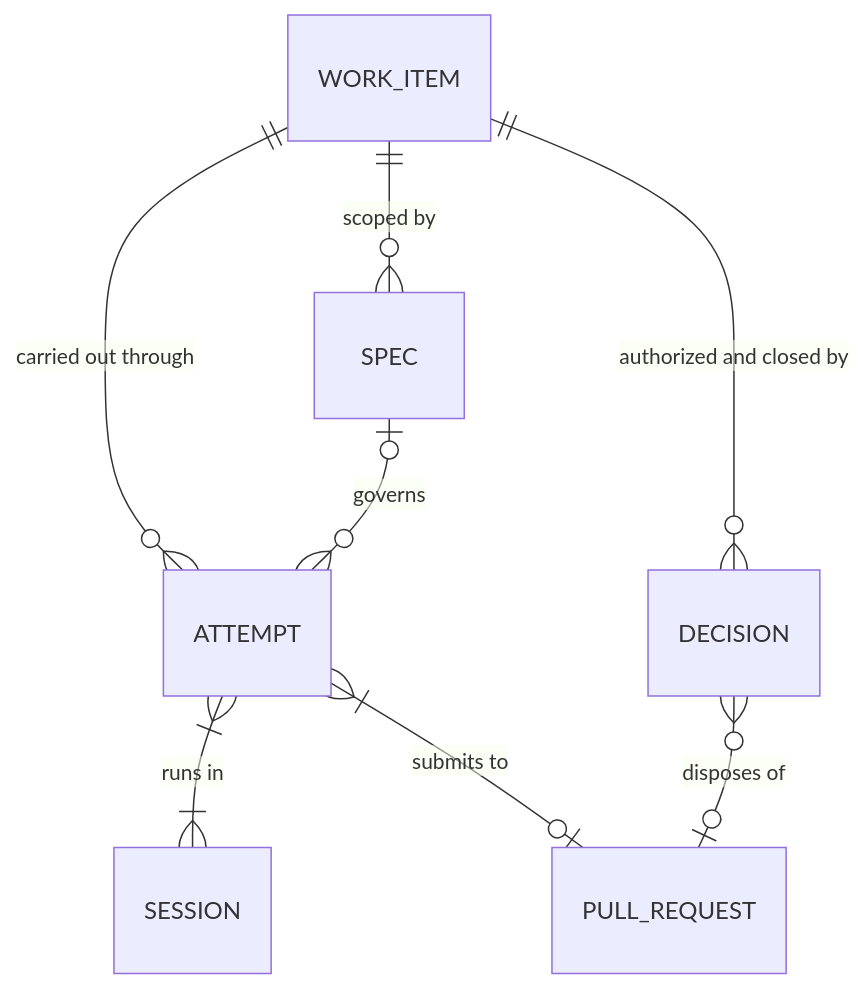
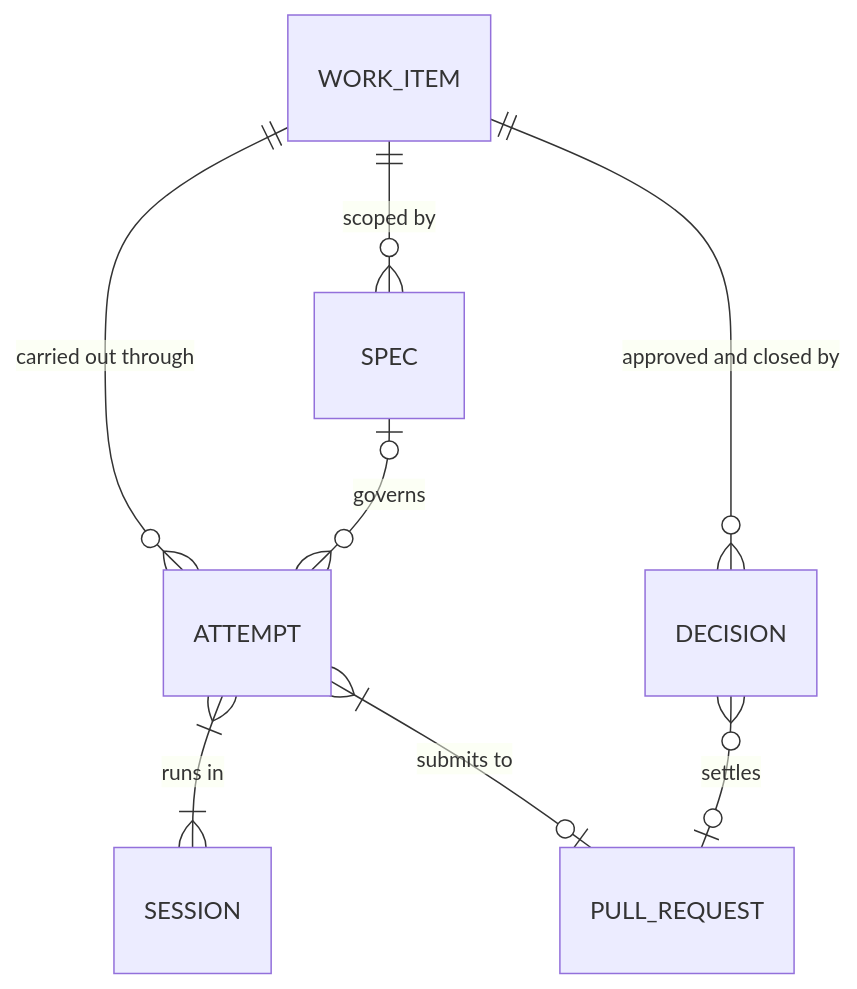
One commit to vintagedon/ethops changed the third of 4 diagrams in README.md. Above: the diagram before and after it, drawn with Mermaid. The commit also changed other lines of this file and 1 other file, not shown here.

````diff
--- a/README.md
+++ b/README.md
@@ -144,12 +127,12 @@
 ```mermaid
 erDiagram
     accTitle: Work records and their relationships
-    accDescr: A work item may be scoped by specs and carried out through attempts. Each attempt runs in one or more sessions and may submit to a pull request. Decisions authorize, accept, or close work items and can dispose of pull requests.
+    accDescr: A work item may be scoped by specs and carried out through attempts. Each attempt runs in one or more sessions and may submit to a pull request. Decisions approve, accept, or close work items and can settle pull requests.
     WORK_ITEM ||--o{ SPEC : "scoped by"
     WORK_ITEM ||--o{ ATTEMPT : "carried out through"
     SPEC |o--o{ ATTEMPT : "governs"
     ATTEMPT }|--|{ SESSION : "runs in"
     ATTEMPT }|--o| PULL_REQUEST : "submits to"
-    WORK_ITEM ||--o{ DECISION : "authorized and closed by"
-    DECISION }o--o| PULL_REQUEST : "disposes of"
+    WORK_ITEM ||--o{ DECISION : "approved and closed by"
+    DECISION }o--o| PULL_REQUEST : "settles"
 ```
````
